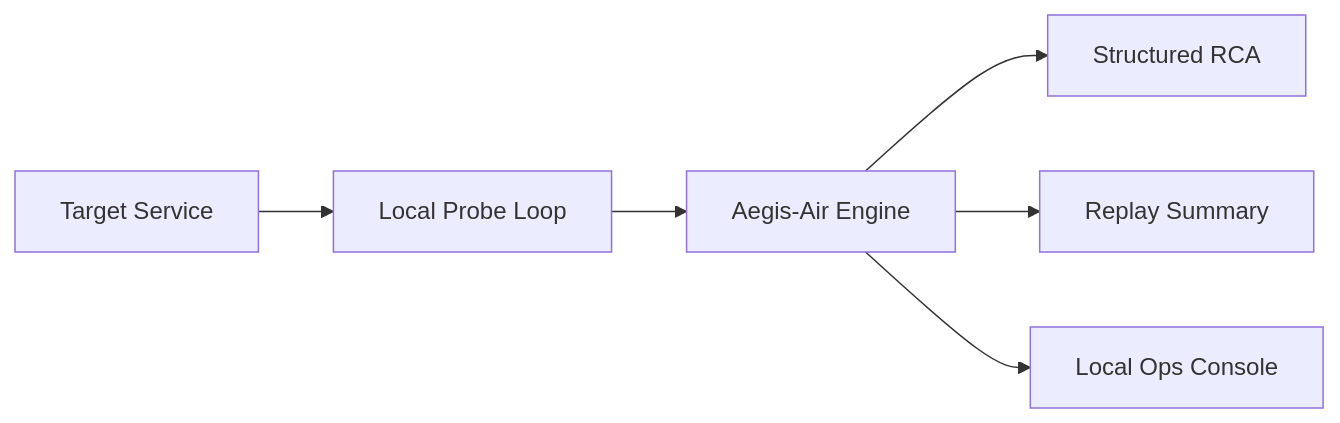
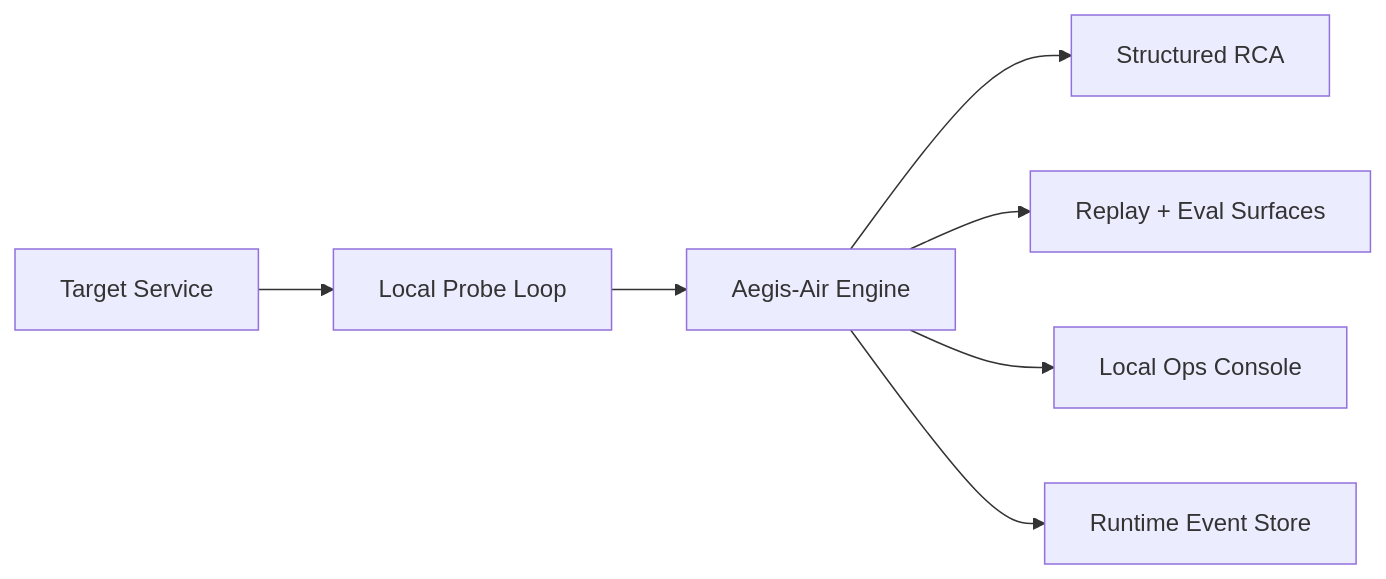
Before and after one commit to KIM3310/Aegis-Air: the diagram in docs/solution-architecture.md, drawn with Mermaid. The commit also changed other lines of this file and 7 other files, not shown here.

````diff
--- a/docs/solution-architecture.md
+++ b/docs/solution-architecture.md
@@ -17,8 +28,9 @@
 ```mermaid
 flowchart LR
   Target[Target Service] --> Probe[Local Probe Loop]
   Probe --> Engine[Aegis-Air Engine]
   Engine --> RCA[Structured RCA]
-  Engine --> Replay[Replay Summary]
+  Engine --> Replay[Replay + Eval Surfaces]
   Engine --> Console[Local Ops Console]
+  Engine --> Store[Runtime Event Store]
 ```
````
